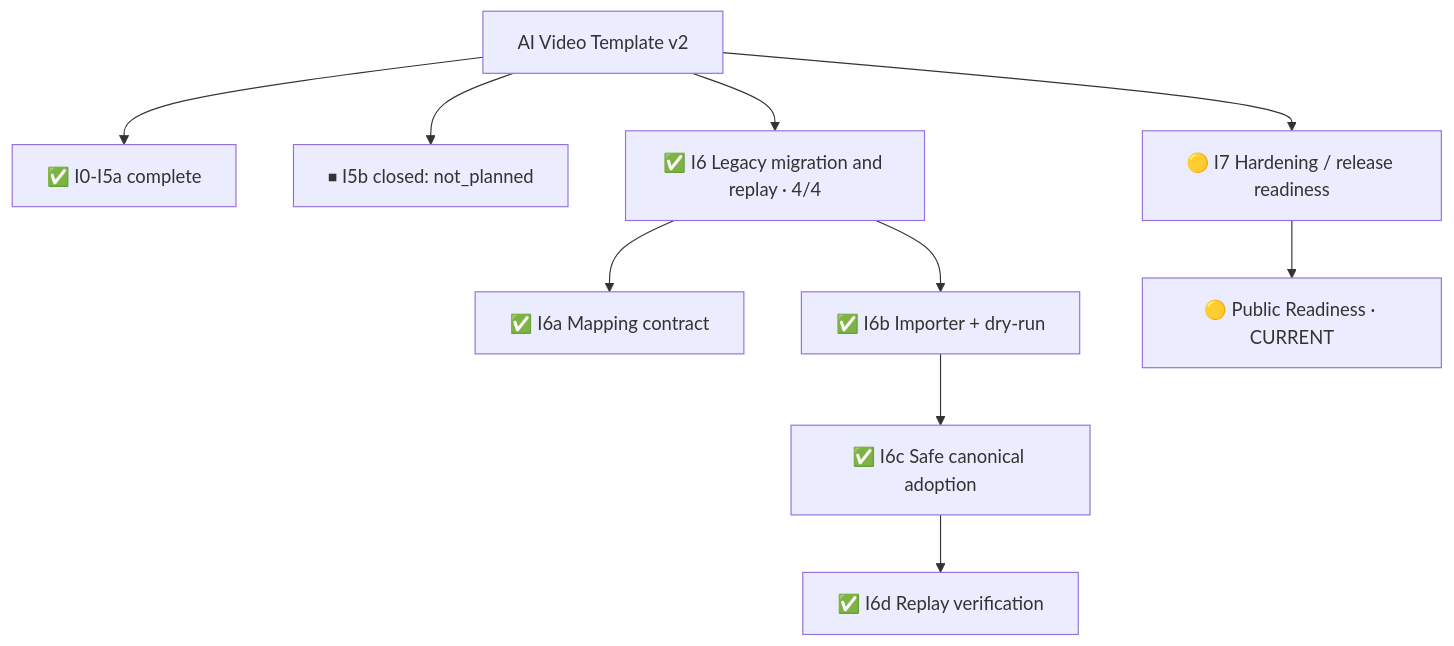
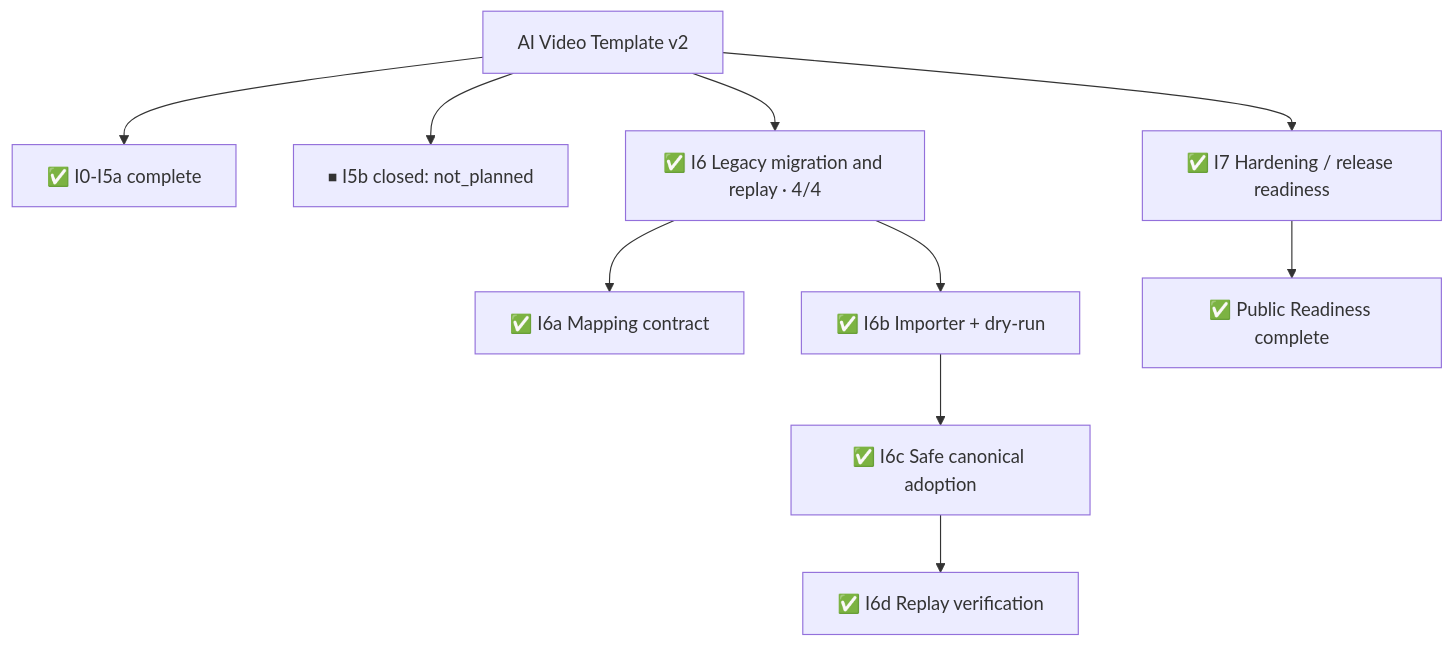
Before and after one commit to rayray12zx3-sys/ai-video-template: the diagram in PROJECT_PROGRESS.md, drawn with Mermaid. The commit also changed other lines of this file, not shown here.

````diff
--- a/PROJECT_PROGRESS.md
+++ b/PROJECT_PROGRESS.md
@@ -19,12 +19,12 @@
 ```mermaid
 flowchart TD
     P[AI Video Template v2] --> F[✅ I0-I5a complete]
     P --> S[⏹ I5b closed: not_planned]
     P --> I6[✅ I6 Legacy migration and replay · 4/4]
     I6 --> A[✅ I6a Mapping contract]
     I6 --> B[✅ I6b Importer + dry-run]
     B --> C[✅ I6c Safe canonical adoption]
     C --> D[✅ I6d Replay verification]
-    P --> I7[🟡 I7 Hardening / release readiness]
-    I7 --> PUB[🟡 Public Readiness · CURRENT]
+    P --> I7[✅ I7 Hardening / release readiness]
+    I7 --> PUB[✅ Public Readiness complete]
 ```
````
